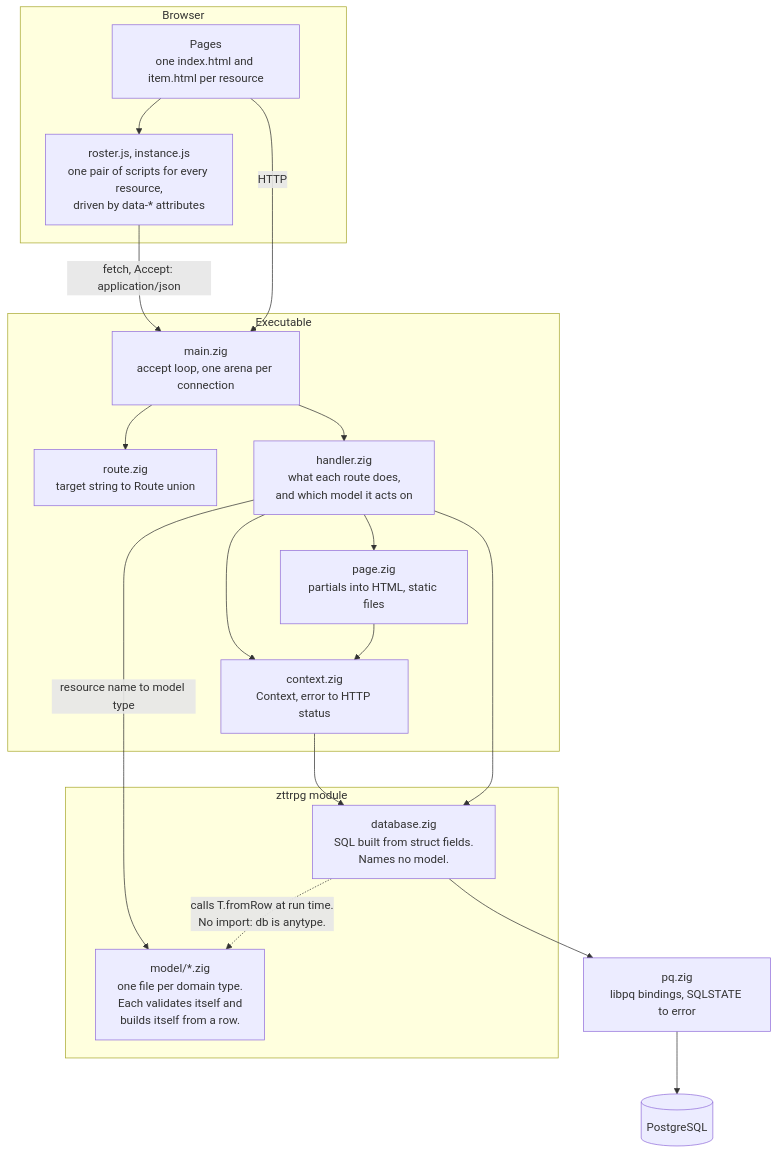
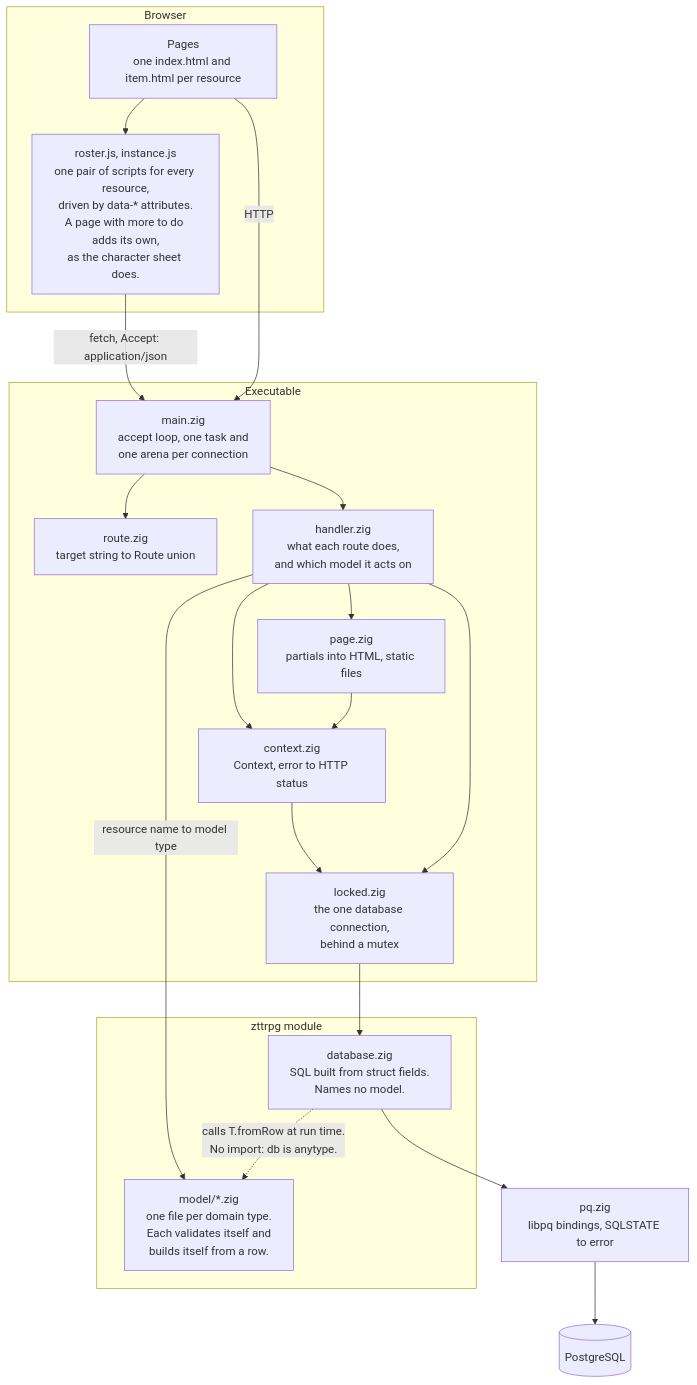
The first of 3 diagrams in README.md (Fahien/zttrpg), drawn with Mermaid before and after one commit. The commit also changed other lines of this file, not shown here.

````diff
--- a/README.md
+++ b/README.md
@@ -59,40 +59,42 @@
 ```mermaid
 flowchart TB
     subgraph browser["Browser"]
         html["Pages<br/>one index.html and item.html per resource"]
-        js["roster.js, instance.js<br/>one pair of scripts for every resource,<br/>driven by data-* attributes"]
+        js["roster.js, instance.js<br/>one pair of scripts for every resource,<br/>driven by data-* attributes.<br/>A page with more to do adds its own,<br/>as the character sheet does."]
     end
 
     subgraph exe["Executable"]
-        main["main.zig<br/>accept loop, one arena per connection"]
+        main["main.zig<br/>accept loop, one task and<br/>one arena per connection"]
+        locked["locked.zig<br/>the one database connection,<br/>behind a mutex"]
         route["route.zig<br/>target string to Route union"]
         handler["handler.zig<br/>what each route does,<br/>and which model it acts on"]
         page["page.zig<br/>partials into HTML, static files"]
         ctx["context.zig<br/>Context, error to HTTP status"]
     end
 
     subgraph module["zttrpg module"]
         database["database.zig<br/>SQL built from struct fields.<br/>Names no model."]
         models["model/*.zig<br/>one file per domain type.<br/>Each validates itself and<br/>builds itself from a row."]
     end
 
     pq["pq.zig<br/>libpq bindings, SQLSTATE to error"]
     postgres[("PostgreSQL")]
 
     html --> js
     js -->|"fetch, Accept: application/json"| main
     html -->|"HTTP"| main
 
     main --> route
     main --> handler
     handler --> page
     handler --> ctx
     page --> ctx
     handler -->|"resource name to model type"| models
-    ctx --> database
-    handler --> database
+    ctx --> locked
+    handler --> locked
+    locked --> database
 
     database -.->|"calls T.fromRow at run time.<br/>No import: db is anytype."| models
     database --> pq
     pq --> postgres
 ```
````
